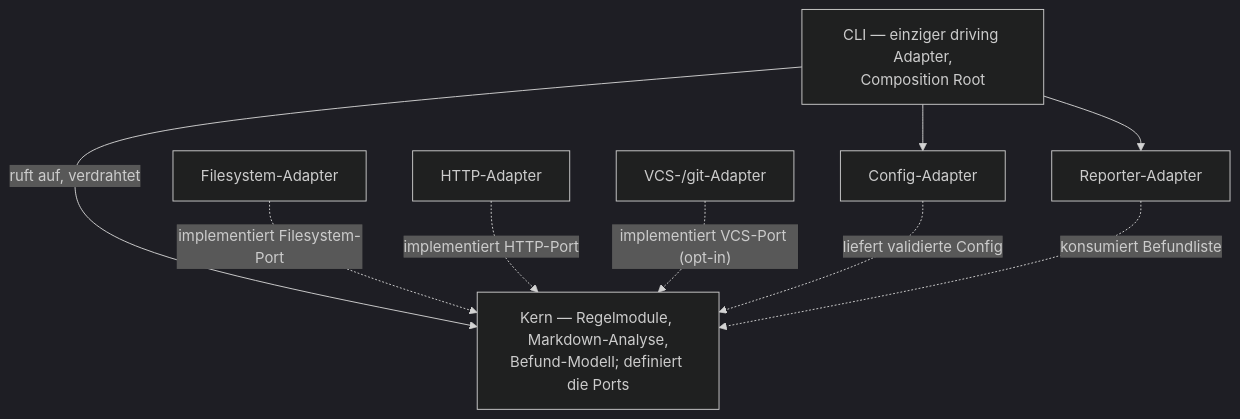
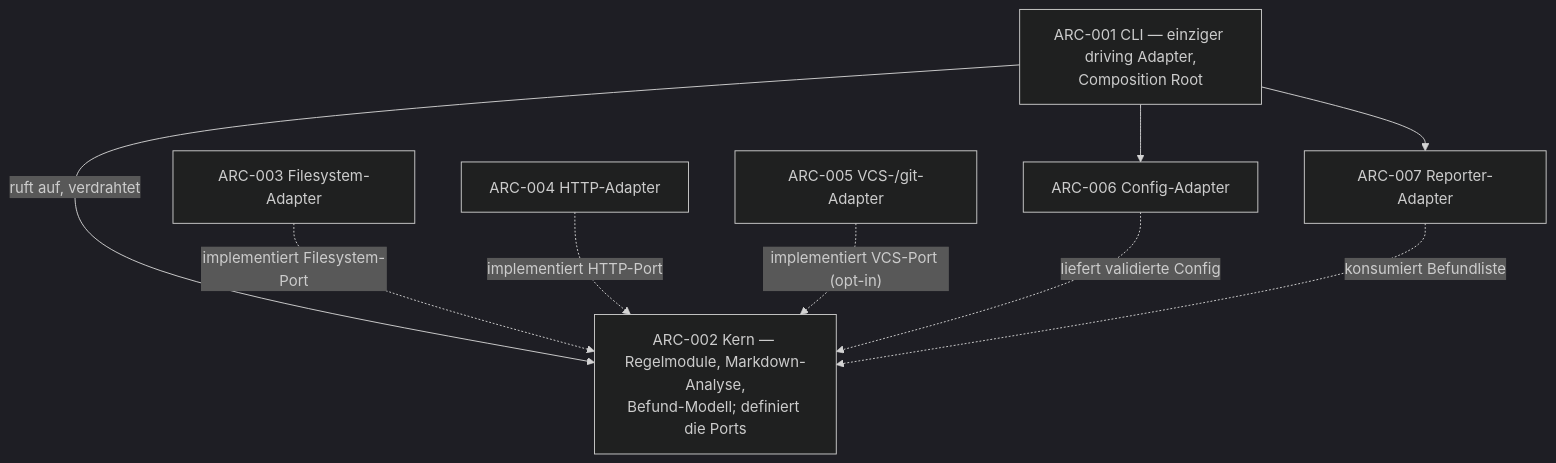
One commit to pt9912/d-check changed the first of 2 diagrams in spec/architecture.md. Above: the diagram before and after it, drawn with Mermaid (dark theme). The commit also changed other lines of this file and 4 other files, not shown here.

````diff
--- a/spec/architecture.md
+++ b/spec/architecture.md
@@ -22,19 +28,19 @@
 ```mermaid
 flowchart TB
-    CLI["CLI — einziger driving Adapter,<br/>Composition Root"]
-    CORE["Kern — Regelmodule, Markdown-Analyse,<br/>Befund-Modell; definiert die Ports"]
-    FS["Filesystem-Adapter"]
-    HTTP["HTTP-Adapter"]
-    VCS["VCS-/git-Adapter"]
-    CFG["Config-Adapter"]
-    REP["Reporter-Adapter"]
+    CLI["ARC-001 CLI — einziger driving Adapter,<br/>Composition Root"]
+    CORE["ARC-002 Kern — Regelmodule, Markdown-Analyse,<br/>Befund-Modell; definiert die Ports"]
+    FS["ARC-003 Filesystem-Adapter"]
+    HTTP["ARC-004 HTTP-Adapter"]
+    VCS["ARC-005 VCS-/git-Adapter"]
+    CFG["ARC-006 Config-Adapter"]
+    REP["ARC-007 Reporter-Adapter"]
 
     CLI -->|"ruft auf, verdrahtet"| CORE
     CLI --> CFG
     CLI --> REP
     FS -.->|"implementiert Filesystem-Port"| CORE
     HTTP -.->|"implementiert HTTP-Port"| CORE
     VCS -.->|"implementiert VCS-Port (opt-in)"| CORE
     CFG -.->|"liefert validierte Config"| CORE
     REP -.->|"konsumiert Befundliste"| CORE
 ```
````
